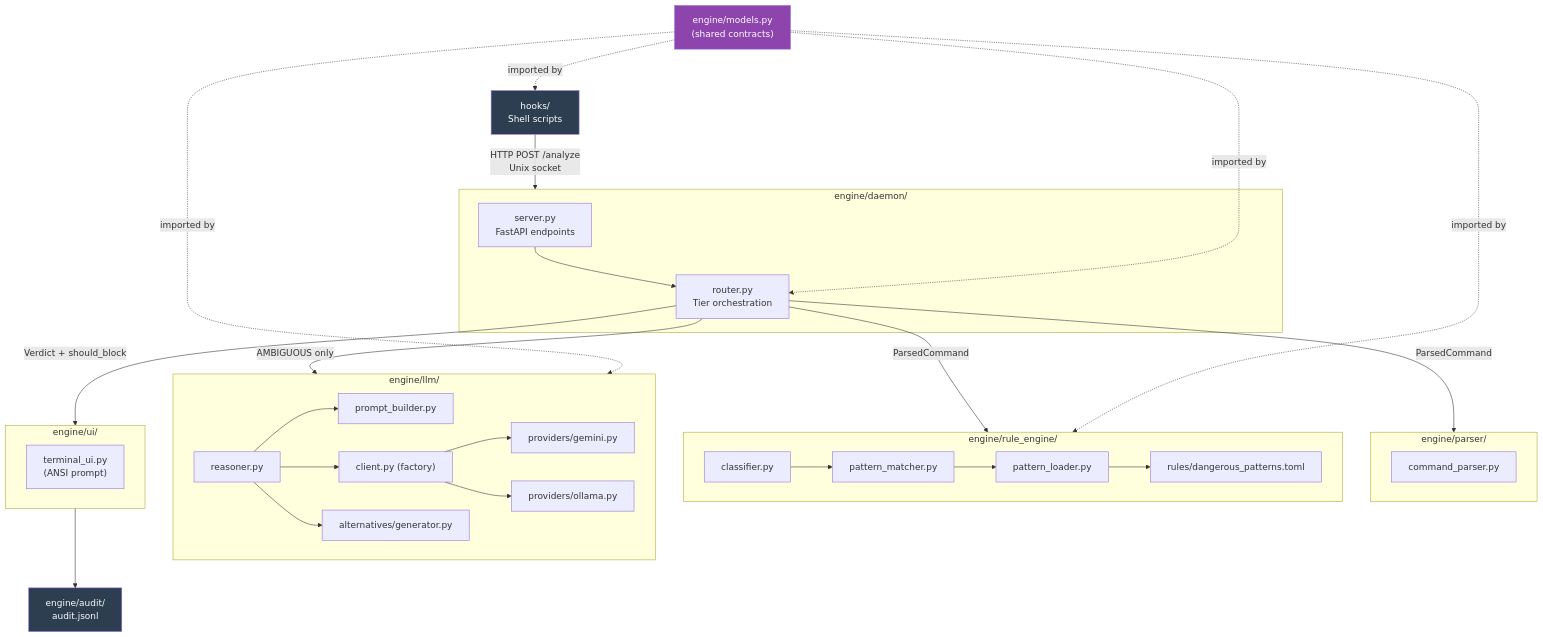
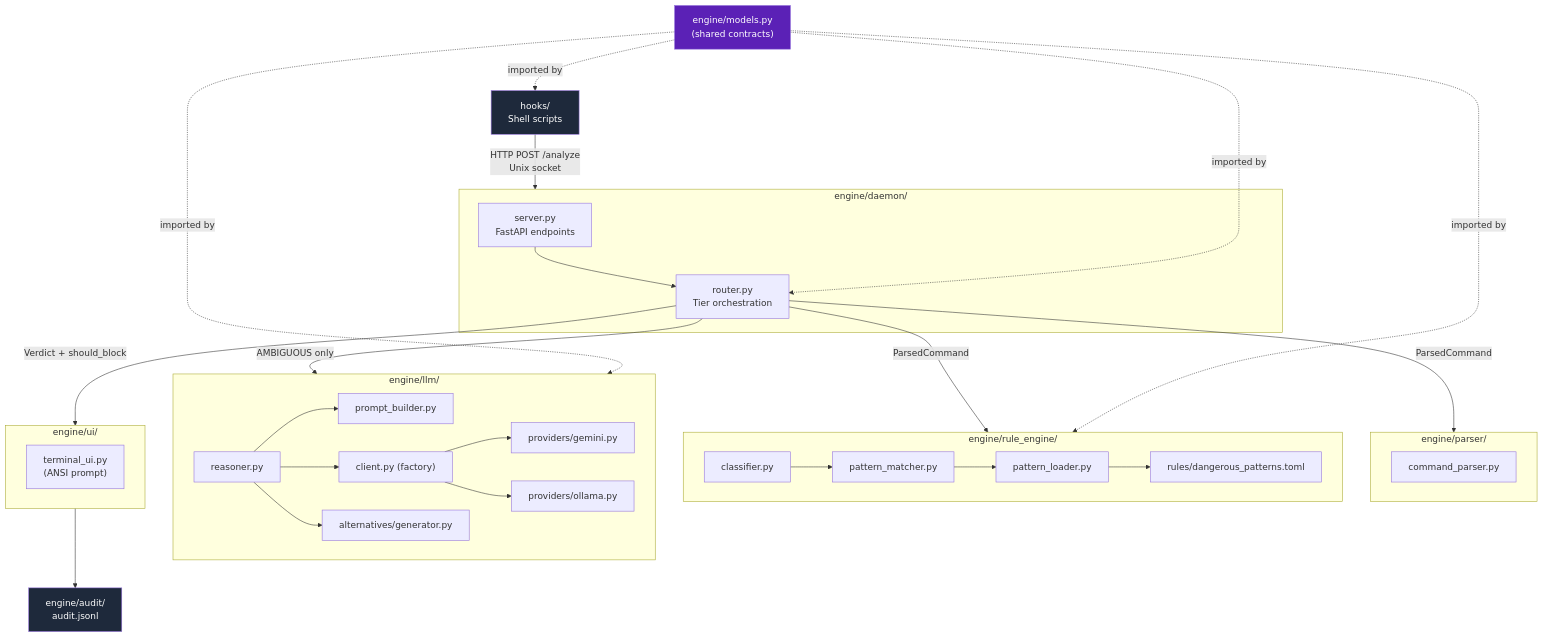
The first of 2 diagrams in docs/PROJECT_STRUCTURE.md (OliveishPraveen/AI-Based-System-Intent-Engine), drawn with Mermaid before and after one commit. The commit also changed other lines of this file and 2 other files, not shown here.

Commit message:
docs: Fix mermaid gantt chart parsing and improve color aesthetics

````diff
--- a/docs/PROJECT_STRUCTURE.md
+++ b/docs/PROJECT_STRUCTURE.md
@@ -41,45 +41,45 @@
 ```mermaid
 graph TD
     Hook["hooks/<br/>Shell scripts"] -->|"HTTP POST /analyze<br/>Unix socket"| Daemon
 
     subgraph Daemon["engine/daemon/"]
         Server["server.py<br/>FastAPI endpoints"] --> Router["router.py<br/>Tier orchestration"]
     end
 
     Router -->|"ParsedCommand"| Parser
     Router -->|"ParsedCommand"| RuleEngine
     Router -->|"AMBIGUOUS only"| LLM
 
     subgraph Parser["engine/parser/"]
         CP["command_parser.py"]
     end
 
     subgraph RuleEngine["engine/rule_engine/"]
         CL["classifier.py"] --> PM["pattern_matcher.py"]
         PM --> PL["pattern_loader.py"]
         PL --> TOML["rules/dangerous_patterns.toml"]
     end
 
     subgraph LLM["engine/llm/"]
         R["reasoner.py"] --> PB["prompt_builder.py"]
         R --> CLI["client.py (factory)"]
         CLI --> GEM["providers/gemini.py"]
         CLI --> OLL["providers/ollama.py"]
         R --> ALT["alternatives/generator.py"]
     end
 
     Models["engine/models.py<br/>(shared contracts)"] -.->|"imported by"| Router
     Models -.->|"imported by"| RuleEngine
     Models -.->|"imported by"| LLM
     Models -.->|"imported by"| Hook
 
     Router -->|"Verdict + should_block"| UI
     subgraph UI["engine/ui/"]
         TUI["terminal_ui.py<br/>(ANSI prompt)"]
     end
     UI --> Audit["engine/audit/<br/>audit.jsonl"]
 
-    style Models fill:#8e44ad,color:#fff
-    style Hook fill:#2c3e50,color:#fff
-    style Audit fill:#2c3e50,color:#fff
+    style Models fill:#5b21b6,color:#fff
+    style Hook fill:#1e293b,color:#fff
+    style Audit fill:#1e293b,color:#fff
 ```
````
